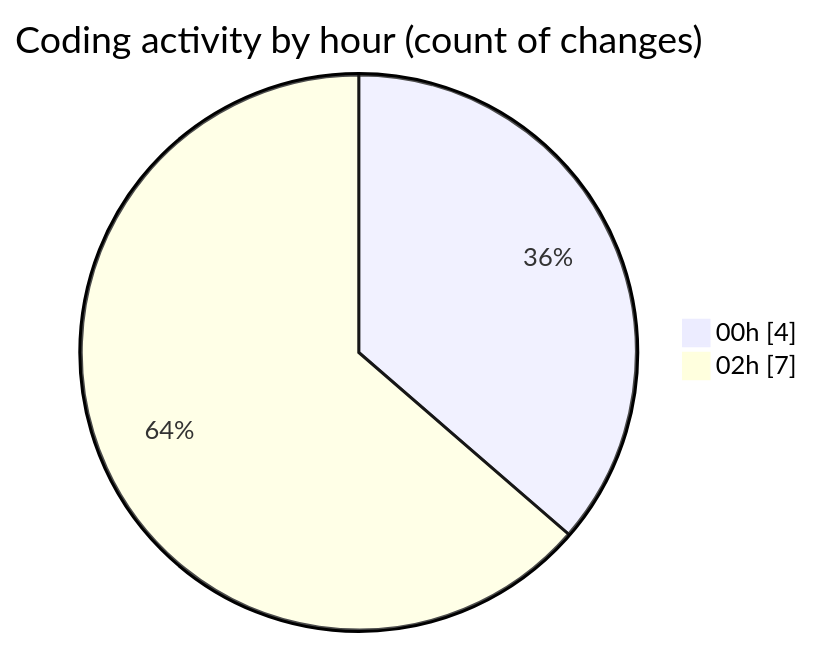
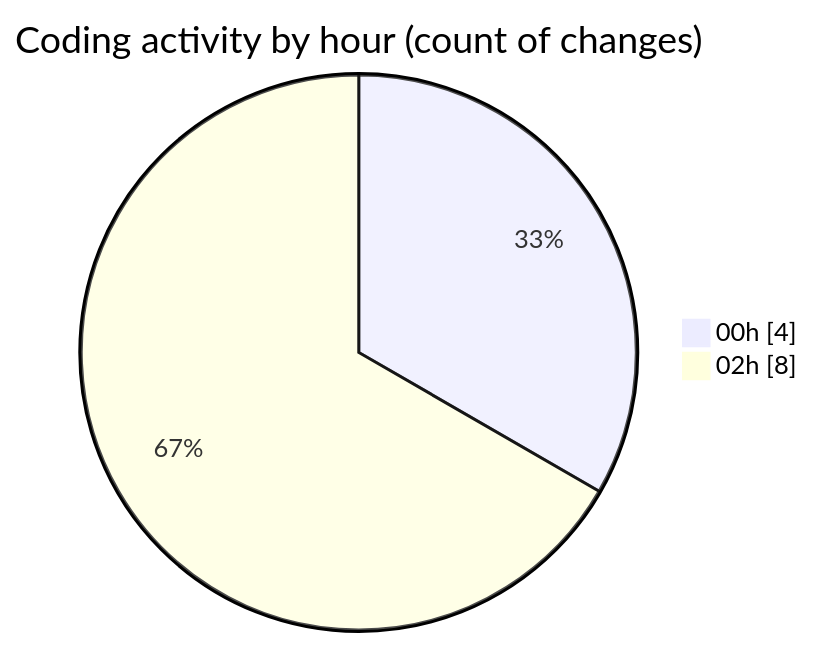
Before and after one commit to EIIisD/code-tracking: the second of 2 diagrams in 2025-07-24/_claude/README.md, drawn with Mermaid. The commit also changed other lines of this file and 1 other file, not shown here.

````diff
--- a/2025-07-24/_claude/README.md
+++ b/2025-07-24/_claude/README.md
@@ -28,6 +28,6 @@
 ```mermaid
 pie showData
 title Coding activity by hour (count of changes)
 "00h" : 4
-"02h" : 7
+"02h" : 8
 ```
````
